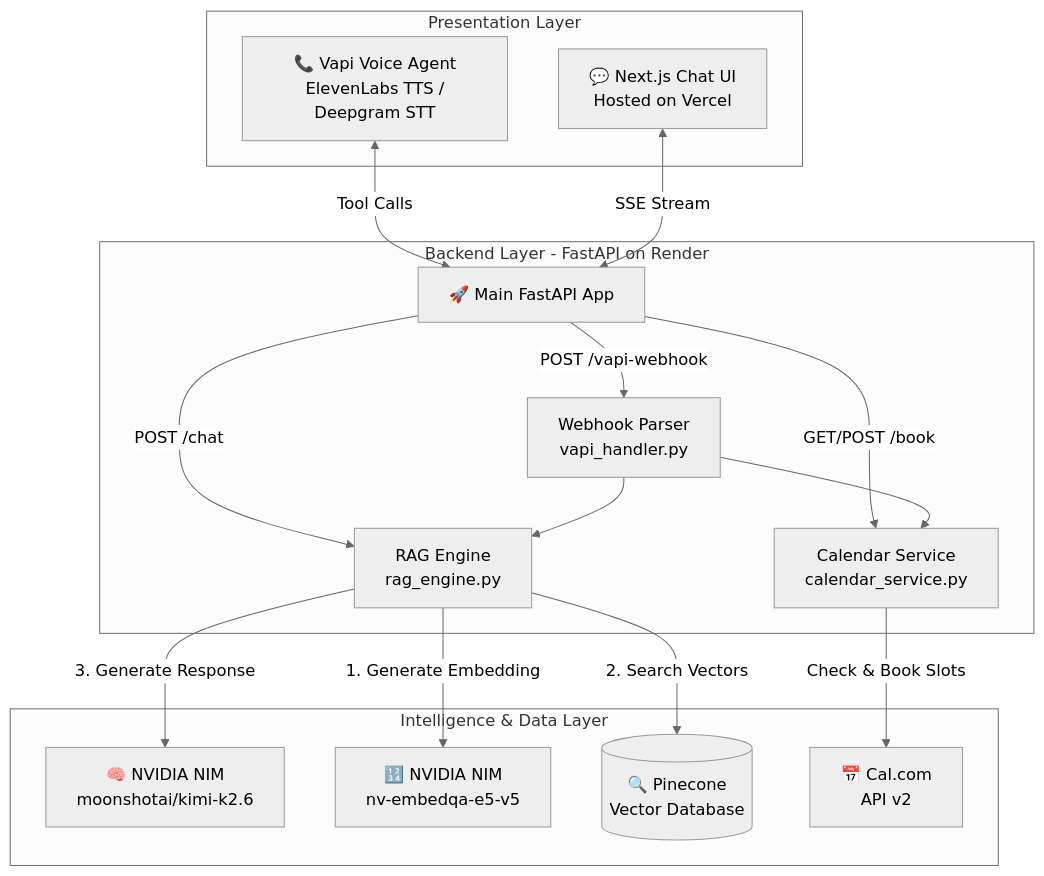
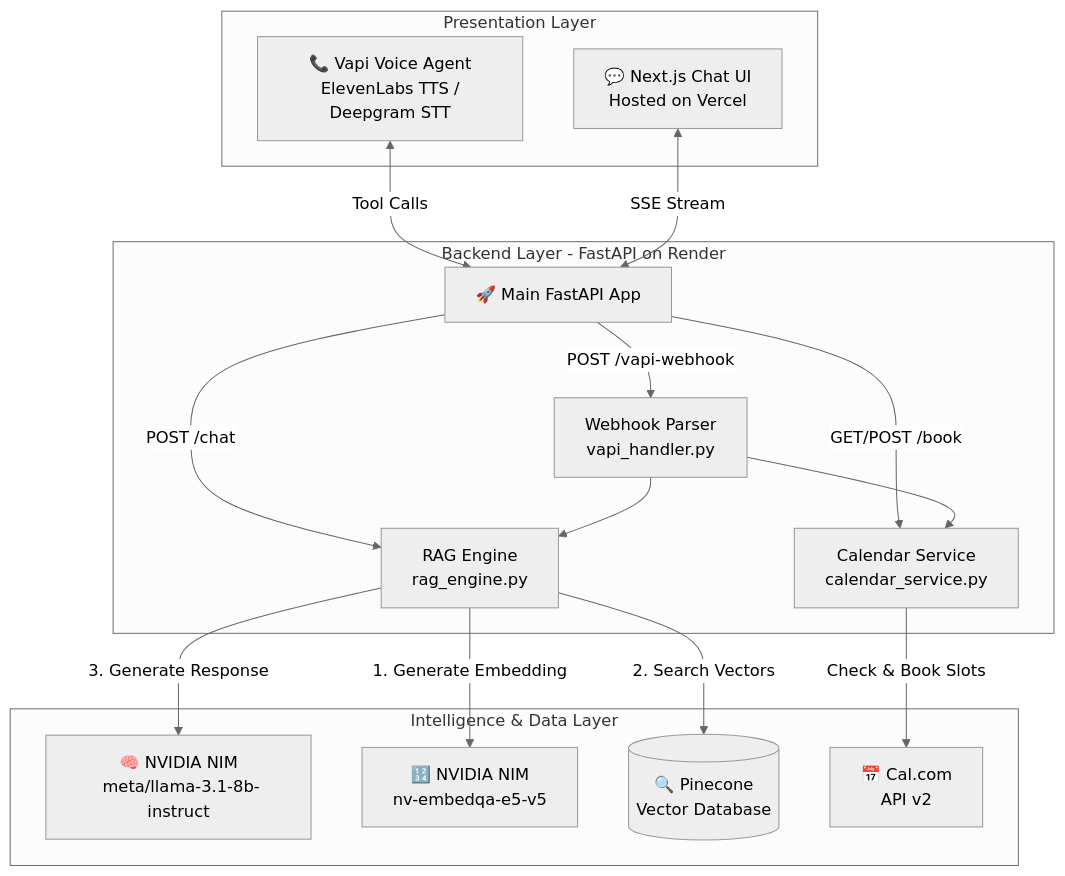
Before and after one commit to Anurag0828/scaler-ai-persona: the diagram in README.md, drawn with Mermaid (neutral theme). The commit also changed other lines of this file and 2 other files, not shown here.

Commit message:
docs: align model names in README and markdown report to meta/llama-3.1-8b-instruct

````diff
--- a/README.md
+++ b/README.md
@@ -18,35 +18,35 @@
 ```mermaid
 flowchart TD
     subgraph Frontend [Presentation Layer]
         VAPI[📞 Vapi Voice Agent\n ElevenLabs TTS / Deepgram STT]
         VERCEL[💬 Next.js Chat UI\n Hosted on Vercel]
     end
 
     subgraph Backend [Backend Layer - FastAPI on Render]
         API[🚀 Main FastAPI App]
         VAPI_HANDLER[Webhook Parser\n vapi_handler.py]
         RAG[RAG Engine\n rag_engine.py]
         CAL[Calendar Service\n calendar_service.py]
         
         API -->|POST /vapi-webhook| VAPI_HANDLER
         API -->|POST /chat| RAG
         API -->|GET/POST /book| CAL
         VAPI_HANDLER --> RAG
         VAPI_HANDLER --> CAL
     end
 
     subgraph Intelligence [Intelligence & Data Layer]
-        NIM_CHAT[🧠 NVIDIA NIM\n moonshotai/kimi-k2.6]
+        NIM_CHAT[🧠 NVIDIA NIM\n meta/llama-3.1-8b-instruct]
         NIM_EMBED[🔢 NVIDIA NIM\n nv-embedqa-e5-v5]
         PINECONE[(🔍 Pinecone\n Vector Database)]
         CAL_API[📅 Cal.com\n API v2]
         
         RAG -->|1. Generate Embedding| NIM_EMBED
         RAG -->|2. Search Vectors| PINECONE
         RAG -->|3. Generate Response| NIM_CHAT
         CAL -->|Check & Book Slots| CAL_API
     end
 
     VAPI <-->|Tool Calls| API
     VERCEL <-->|SSE Stream| API
 ```
````
